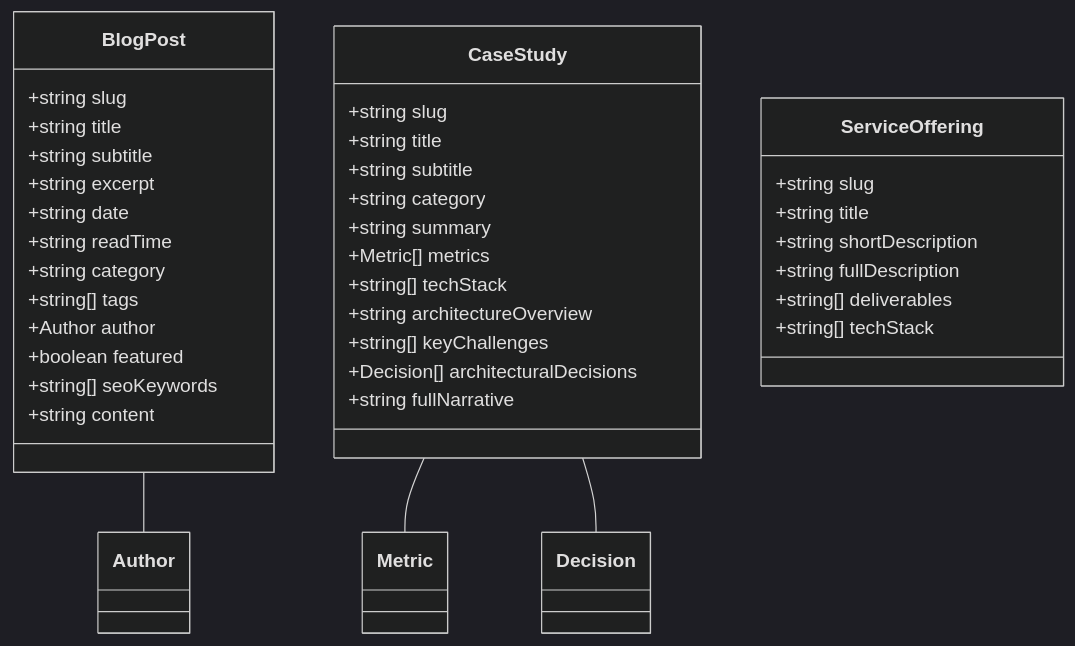
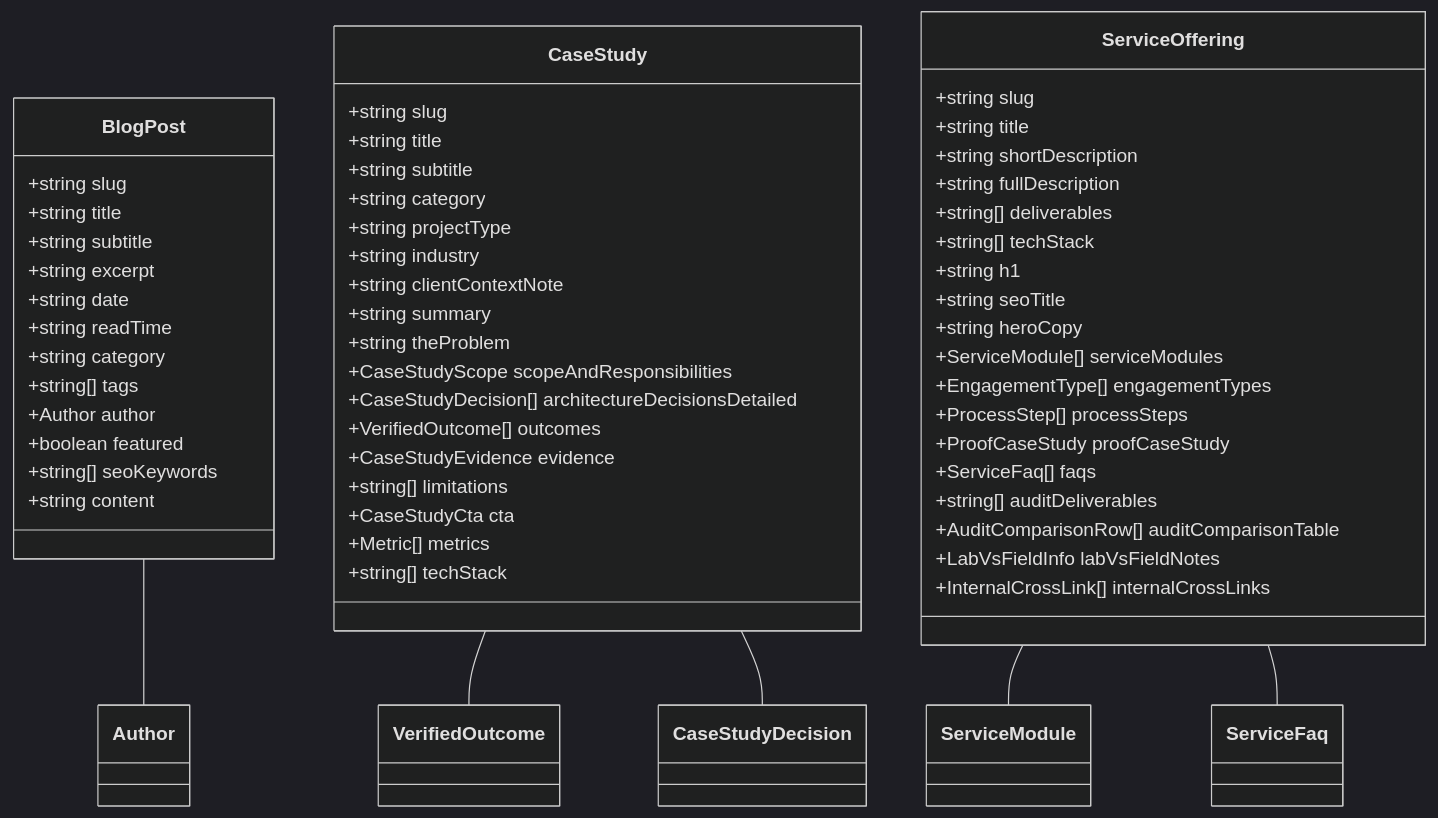
Before and after one commit to abin223804/personal_Portfolio: the second of 2 diagrams in PROJECT.md, drawn with Mermaid (dark theme). The commit also changed other lines of this file and 10 other files, not shown here.

Commit message:
feat(seo): implement AI/RAG service, verifiable case studies, audit framework, and buyer guides

````diff
--- a/PROJECT.md
+++ b/PROJECT.md
@@ -213,44 +213,64 @@
 ```mermaid
 classDiagram
     class BlogPost {
         +string slug
         +string title
         +string subtitle
         +string excerpt
         +string date
         +string readTime
         +string category
         +string[] tags
         +Author author
         +boolean featured
         +string[] seoKeywords
         +string content
     }
 
     class CaseStudy {
         +string slug
         +string title
         +string subtitle
         +string category
+        +string projectType
+        +string industry
+        +string clientContextNote
         +string summary
+        +string theProblem
+        +CaseStudyScope scopeAndResponsibilities
+        +CaseStudyDecision[] architectureDecisionsDetailed
+        +VerifiedOutcome[] outcomes
+        +CaseStudyEvidence evidence
+        +string[] limitations
+        +CaseStudyCta cta
         +Metric[] metrics
         +string[] techStack
-        +string architectureOverview
-        +string[] keyChallenges
-        +Decision[] architecturalDecisions
-        +string fullNarrative
     }
 
     class ServiceOffering {
         +string slug
         +string title
         +string shortDescription
         +string fullDescription
         +string[] deliverables
         +string[] techStack
+        +string h1
+        +string seoTitle
+        +string heroCopy
+        +ServiceModule[] serviceModules
+        +EngagementType[] engagementTypes
+        +ProcessStep[] processSteps
+        +ProofCaseStudy proofCaseStudy
+        +ServiceFaq[] faqs
+        +string[] auditDeliverables
+        +AuditComparisonRow[] auditComparisonTable
+        +LabVsFieldInfo labVsFieldNotes
+        +InternalCrossLink[] internalCrossLinks
     }
 
     BlogPost -- Author
-    CaseStudy -- Metric
-    CaseStudy -- Decision
+    CaseStudy -- VerifiedOutcome
+    CaseStudy -- CaseStudyDecision
+    ServiceOffering -- ServiceModule
+    ServiceOffering -- ServiceFaq
 ```
````
